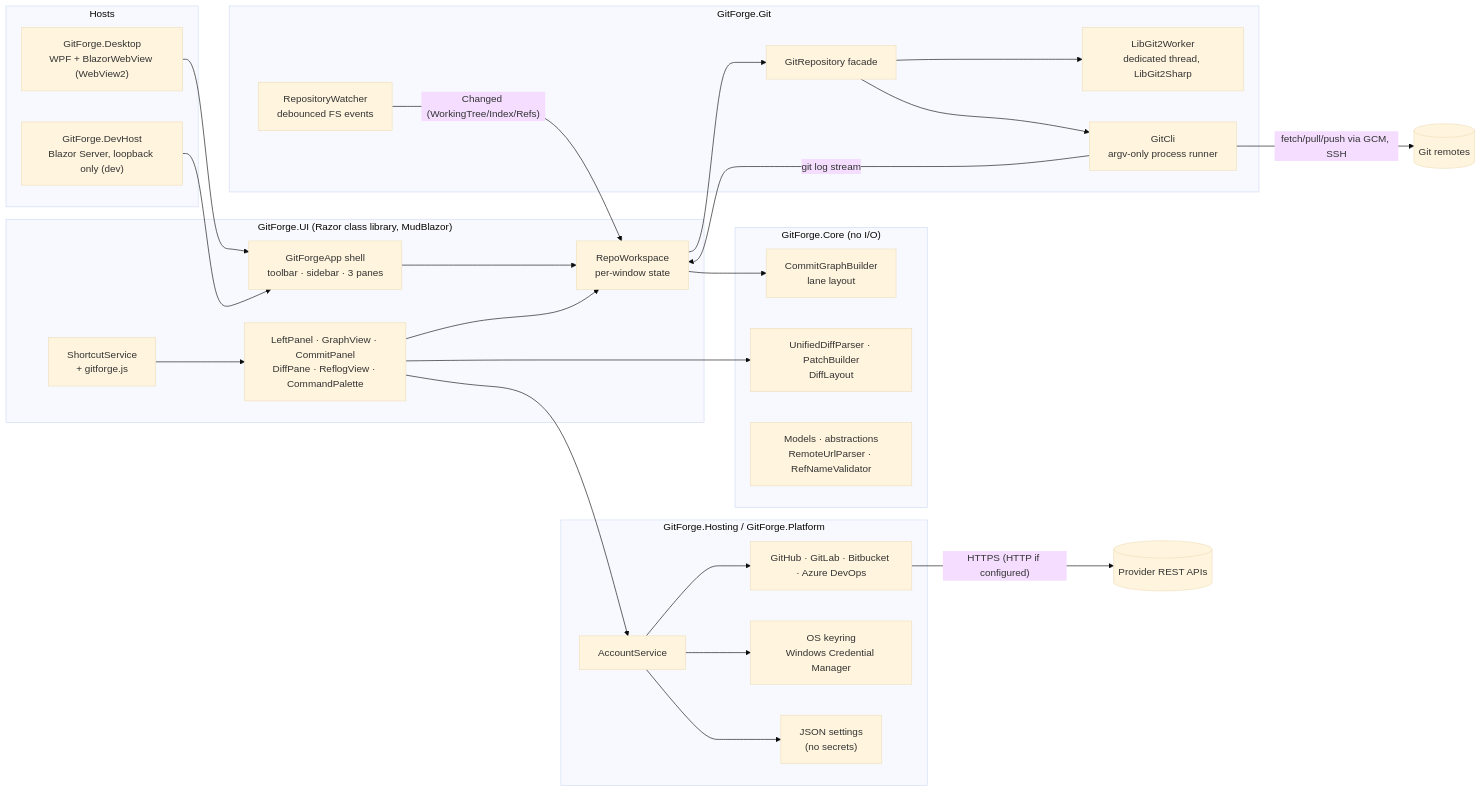
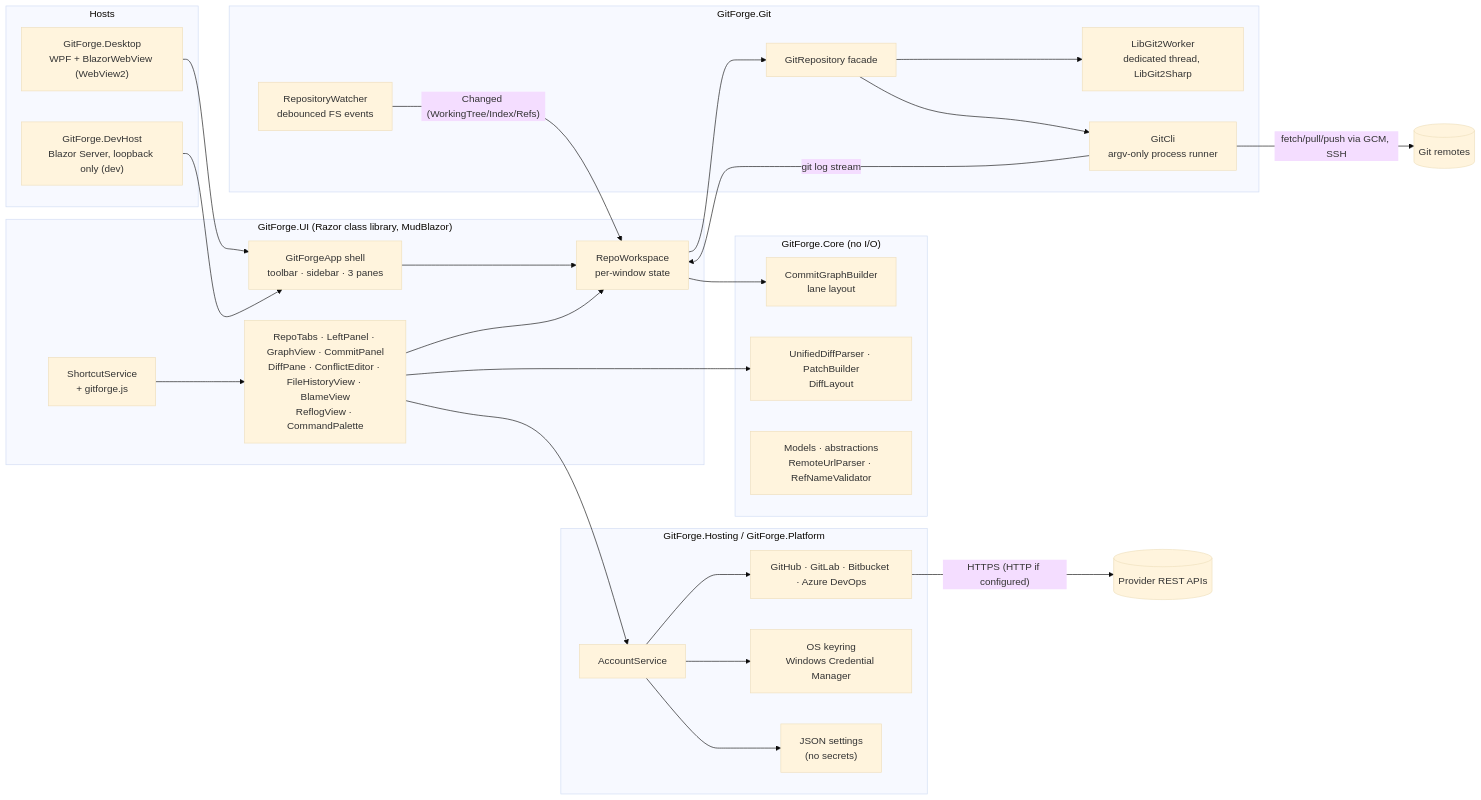
One commit to finepointcgi/GitForge changed the diagram in docs/ARCHITECTURE.md. Above: the diagram before and after it, drawn with Mermaid (base theme). The commit also changed other lines of this file and 47 other files, not shown here.

First line of the commit message:
Add conflict editor, repo tabs, syntax highlighting, LFS, history/blame, and branch tools

````diff
--- a/docs/ARCHITECTURE.md
+++ b/docs/ARCHITECTURE.md
@@ -9,53 +9,53 @@
 ```mermaid
 flowchart LR
     subgraph Hosts
         WPF["GitForge.Desktop<br/>WPF + BlazorWebView (WebView2)"]
         DEV["GitForge.DevHost<br/>Blazor Server, loopback only (dev)"]
     end
 
     subgraph UI["GitForge.UI (Razor class library, MudBlazor)"]
         Shell["GitForgeApp shell<br/>toolbar · sidebar · 3 panes"]
         WS["RepoWorkspace<br/>per-window state"]
         KB["ShortcutService<br/>+ gitforge.js"]
-        Views["LeftPanel · GraphView · CommitPanel<br/>DiffPane · ReflogView · CommandPalette"]
+        Views["RepoTabs · LeftPanel · GraphView · CommitPanel<br/>DiffPane · ConflictEditor · FileHistoryView · BlameView<br/>ReflogView · CommandPalette"]
     end
 
     subgraph Core["GitForge.Core (no I/O)"]
         Graph["CommitGraphBuilder<br/>lane layout"]
         Diff["UnifiedDiffParser · PatchBuilder<br/>DiffLayout"]
         Models["Models · abstractions<br/>RemoteUrlParser · RefNameValidator"]
     end
 
     subgraph Git["GitForge.Git"]
         Repo["GitRepository facade"]
         Lib["LibGit2Worker<br/>dedicated thread, LibGit2Sharp"]
         Cli["GitCli<br/>argv-only process runner"]
         Watch["RepositoryWatcher<br/>debounced FS events"]
     end
 
     subgraph Ext["GitForge.Hosting / GitForge.Platform"]
         Acc["AccountService"]
         Prov["GitHub · GitLab · Bitbucket · Azure DevOps"]
         Keyring["OS keyring<br/>Windows Credential Manager"]
         Settings["JSON settings<br/>(no secrets)"]
     end
 
     WPF --> Shell
     DEV --> Shell
     Shell --> WS
     KB --> Views
     Views --> WS
     WS --> Repo
     WS --> Graph
     Views --> Diff
     Repo --> Lib
     Repo --> Cli
     Watch -- "Changed (WorkingTree/Index/Refs)" --> WS
     Cli -- "git log stream" --> WS
     Views --> Acc
     Acc --> Prov
     Acc --> Keyring
     Acc --> Settings
     Prov -- "HTTPS (HTTP if configured)" --> API[("Provider REST APIs")]
     Cli -- "fetch/pull/push via GCM, SSH" --> Remote[("Git remotes")]
 ```
````
